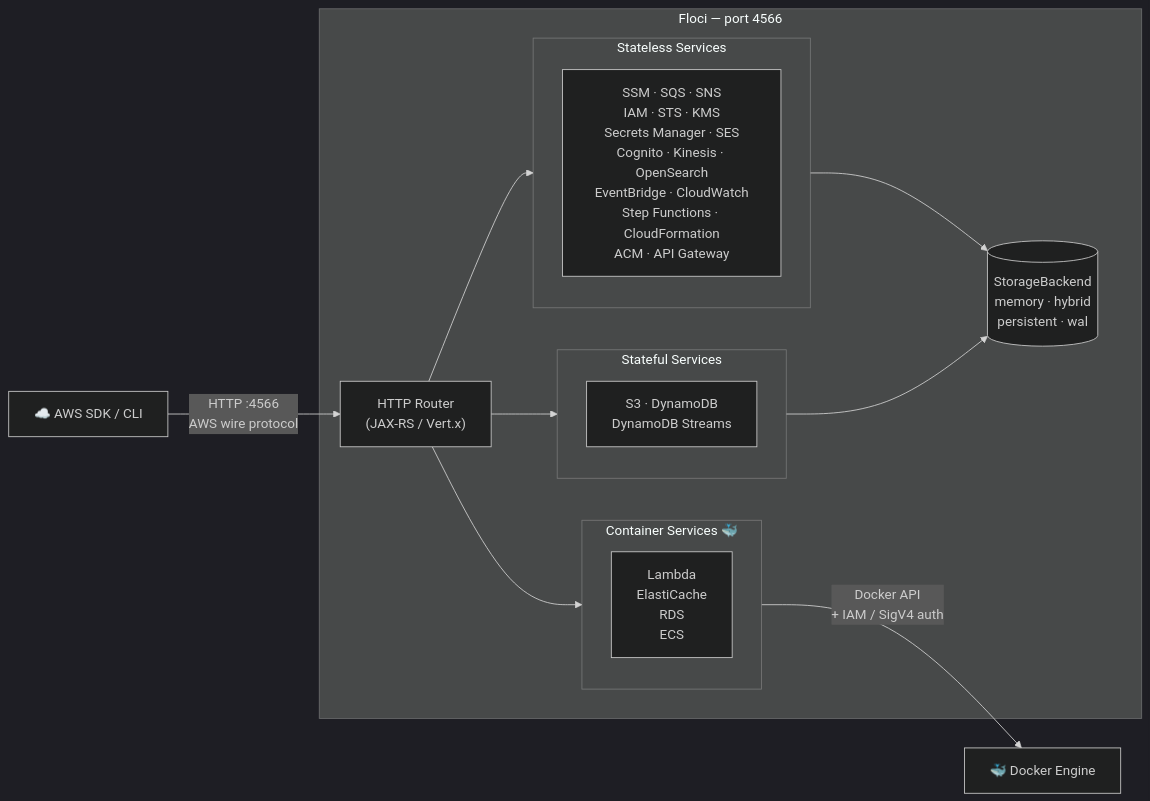
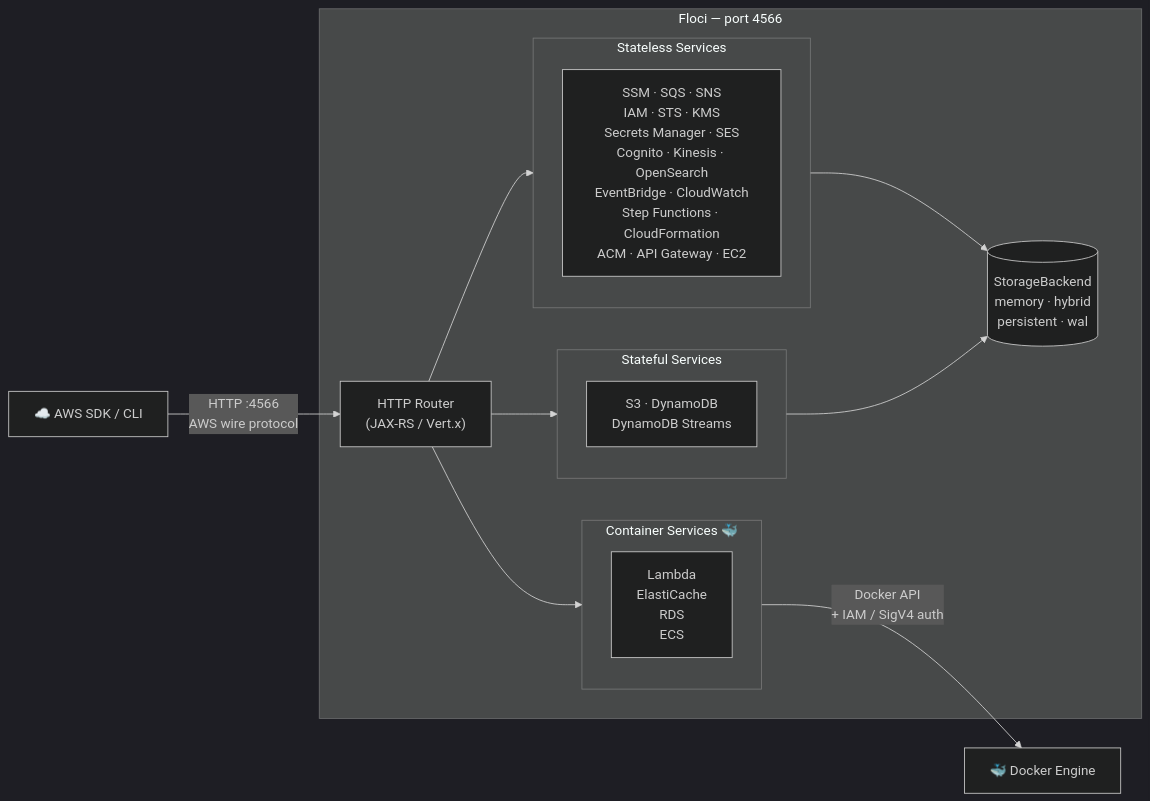
Before and after one commit to ryan00x/aws-terraform-ci-validation: the diagram in README.md, drawn with Mermaid (dark theme). The commit also changed other lines of this file, not shown here.

````diff
--- a/README.md
+++ b/README.md
@@ -60,29 +61,29 @@
 ```mermaid
 flowchart LR
     Client["☁️ AWS SDK / CLI"]
 
     subgraph Floci ["Floci — port 4566"]
         Router["HTTP Router\n(JAX-RS / Vert.x)"]
 
         subgraph Stateless ["Stateless Services"]
-            A["SSM · SQS · SNS\nIAM · STS · KMS\nSecrets Manager · SES\nCognito · Kinesis · OpenSearch\nEventBridge · CloudWatch\nStep Functions · CloudFormation\nACM · API Gateway"]
+            A["SSM · SQS · SNS\nIAM · STS · KMS\nSecrets Manager · SES\nCognito · Kinesis · OpenSearch\nEventBridge · CloudWatch\nStep Functions · CloudFormation\nACM · API Gateway · EC2"]
         end
 
         subgraph Stateful ["Stateful Services"]
             B["S3 · DynamoDB\nDynamoDB Streams"]
         end
 
         subgraph Containers ["Container Services  🐳"]
             C["Lambda\nElastiCache\nRDS\nECS"]
         end
 
         Router --> Stateless
         Router --> Stateful
         Router --> Containers
         Stateless & Stateful --> Store[("StorageBackend\nmemory · hybrid\npersistent · wal")]
     end
 
     Docker["🐳 Docker Engine"]
     Client -->|"HTTP :4566\nAWS wire protocol"| Router
     Containers -->|"Docker API\n+ IAM / SigV4 auth"| Docker
 ```
````
